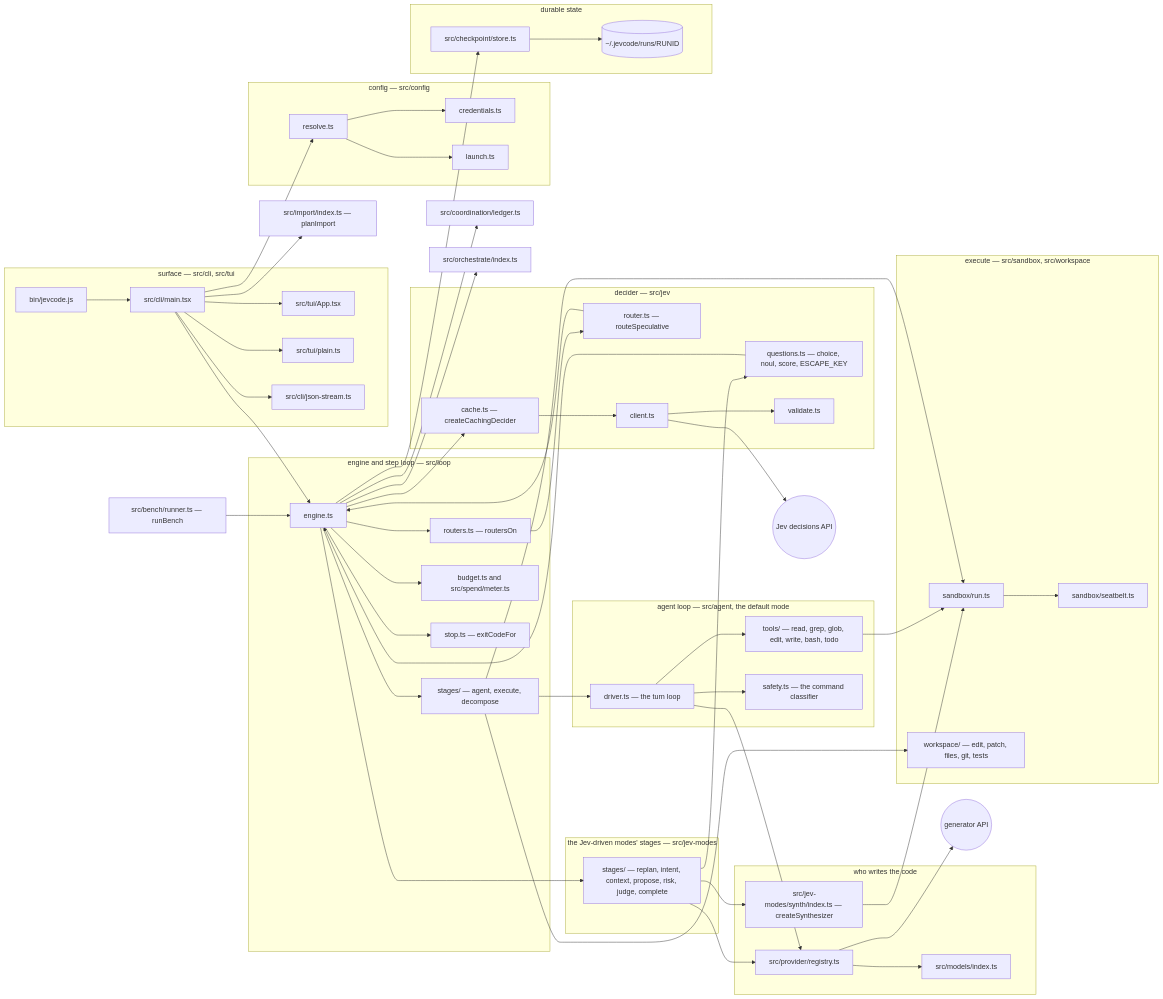
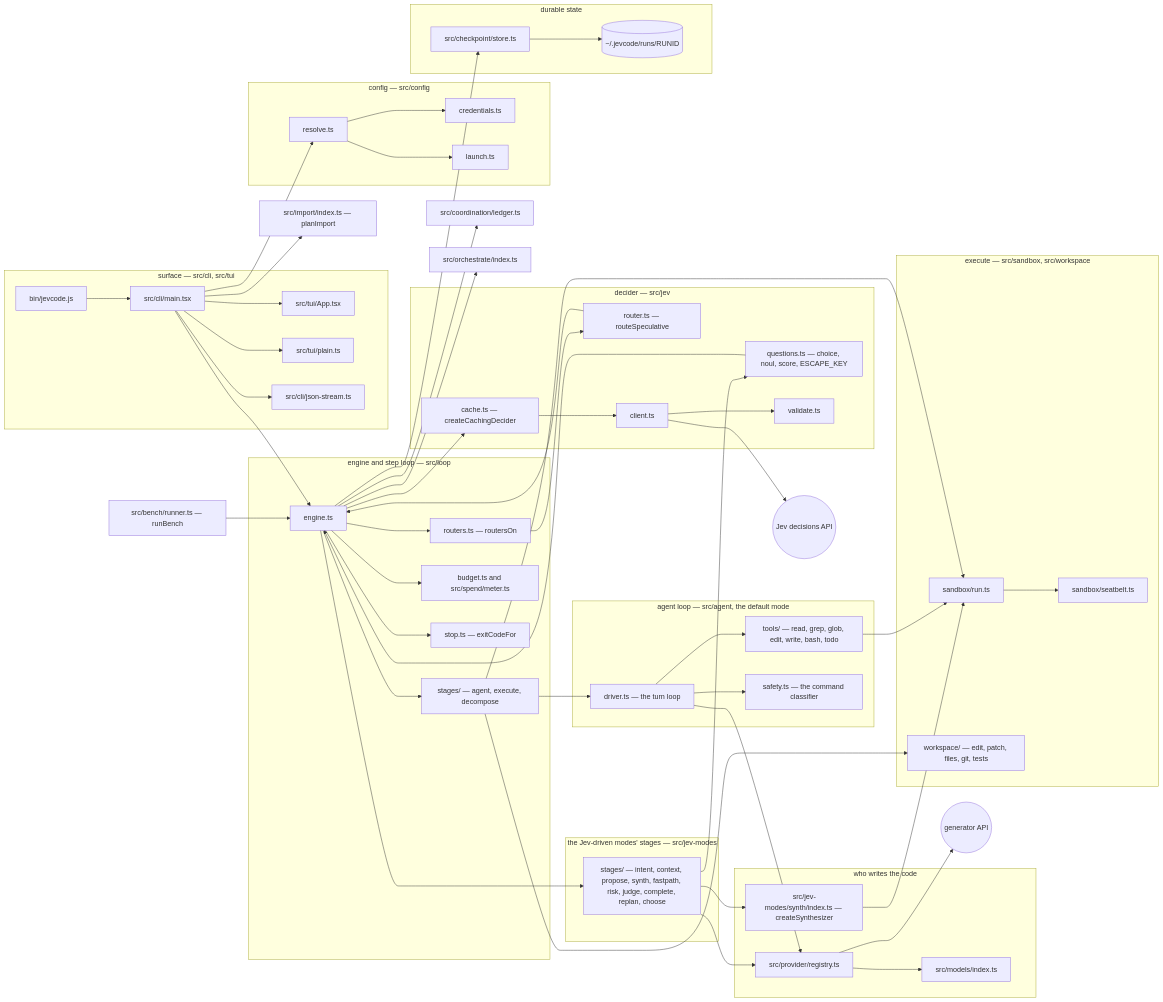
The diagram in docs/README.md (coasty-ai/JevCode), drawn with Mermaid before and after one commit. The commit also changed 3 other files, not shown here.

First line of the commit message:
docs: the codeJudge pointer in AGENT-LOOP-DESIGN names src/loop/judge-code.ts:79, and the three line numbers the extraction shifted are refreshed (risk.ts:857, judge.ts:299, complete.ts:265)

```diff
--- a/docs/README.md
+++ b/docs/README.md
@@ -58,7 +58,7 @@
     STOPM["stop.ts — exitCodeFor"]
   end
   subgraph sg_jevmodes["the Jev-driven modes' stages — src/jev-modes"]
-    JSTAGES["stages/ — replan, intent, context, propose, risk, judge, complete"]
+    JSTAGES["stages/ — intent, context, propose, synth, fastpath, risk, judge, complete, replan, choose"]
   end
   subgraph sg_jev["decider — src/jev"]
     QUESTIONS["questions.ts — choice, noul, score, ESCAPE_KEY"]
```
